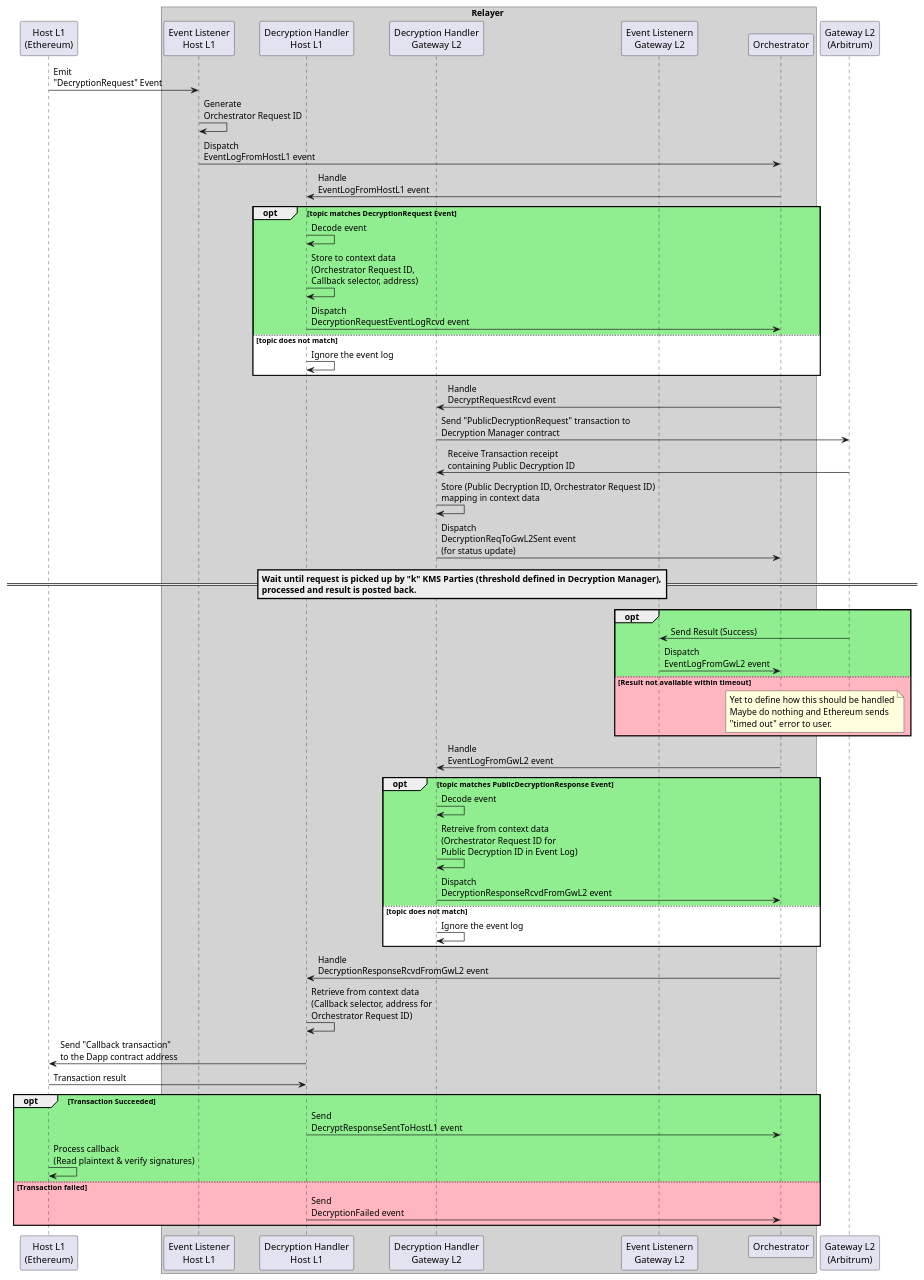
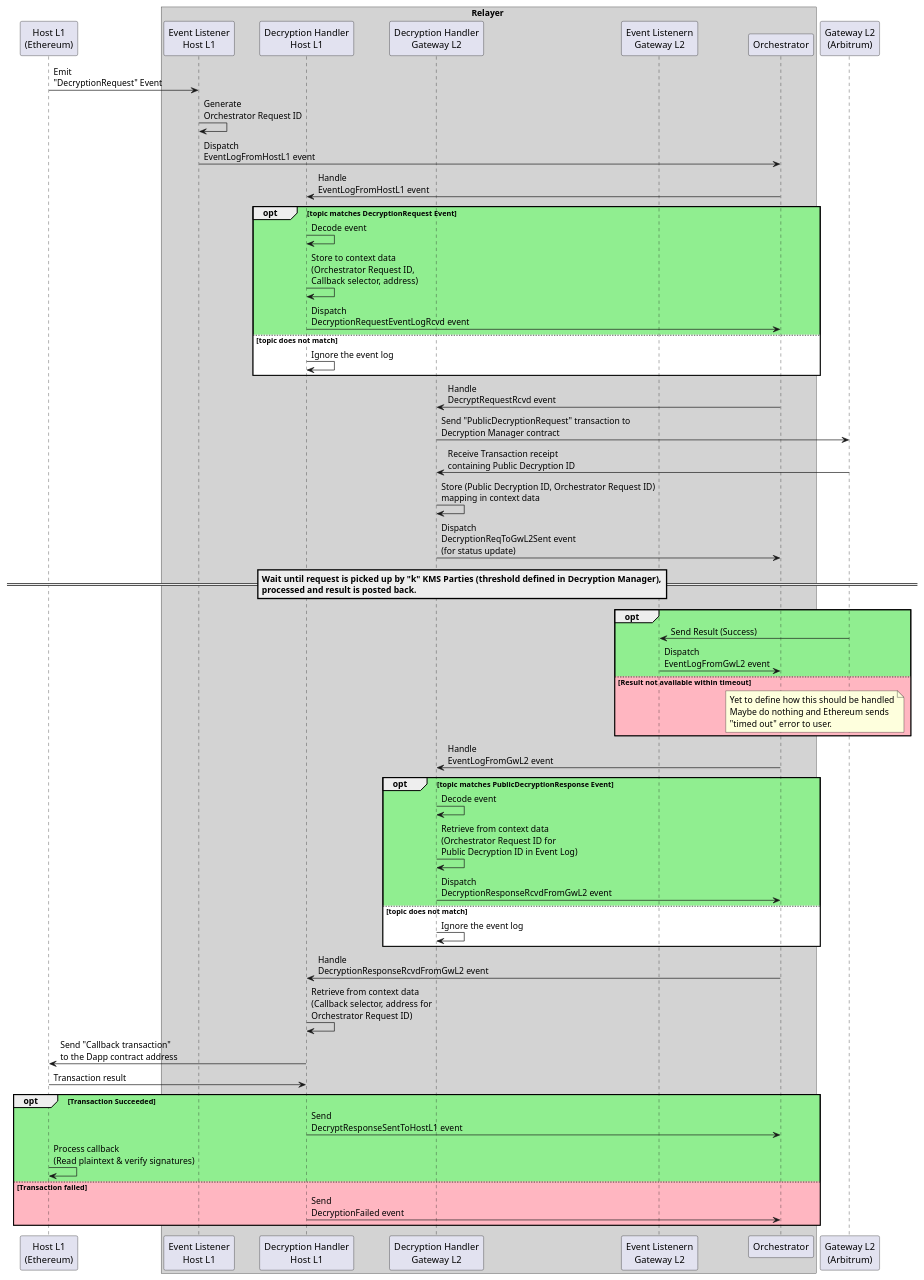
The diagram in relayer/design-docs/decryption-flow-inside-relayer.plantuml (zama-ai/fhevm), drawn with PlantUML before and after one commit. The commit also changed 19 other files, not shown here.

```diff
--- a/relayer/design-docs/decryption-flow-inside-relayer.plantuml
+++ b/relayer/design-docs/decryption-flow-inside-relayer.plantuml
@@ -1,70 +1,70 @@
 @startuml Decryption Flow
 
 participant "Host L1\n(Ethereum)" as EthereumL1
 
 box Relayer #LightGray
 participant "Event Listener\nHost L1" as EthereumListener
 participant "Decryption Handler\nHost L1" as EthereumHostL1Handler
 participant "Decryption Handler\nGateway L2" as ArbitrumGwL2Handler
 participant "Event Listenern\nGateway L2" as RollupListener
 participant Orchestrator as "Orchestrator"
 end box
 
 participant "Gateway L2\n(Arbitrum)" as ArbitrumL2
 
 EthereumL1 -> EthereumListener: Emit\n"DecryptionRequest" Event
 
 EthereumListener -> EthereumListener: Generate\nOrchestrator Request ID
 EthereumListener -> Orchestrator: Dispatch\nEventLogFromHostL1 event
 
 Orchestrator -> EthereumHostL1Handler: Handle\nEventLogFromHostL1 event
 
 opt #LightGreen topic matches DecryptionRequest Event
 EthereumHostL1Handler -> EthereumHostL1Handler: Decode event
 EthereumHostL1Handler -> EthereumHostL1Handler: Store to context data\n(Orchestrator Request ID,\nCallback selector, address)
 EthereumHostL1Handler -> Orchestrator: Dispatch\nDecryptionRequestEventLogRcvd event
 else #White topic does not match
 EthereumHostL1Handler -> EthereumHostL1Handler: Ignore the event log
 end
 
 Orchestrator -> ArbitrumGwL2Handler: Handle\nDecryptRequestRcvd event
 ArbitrumGwL2Handler -> ArbitrumL2: Send "PublicDecryptionRequest" transaction to\nDecryption Manager contract
 
 ArbitrumL2 -> ArbitrumGwL2Handler: Receive Transaction receipt\ncontaining Public Decryption ID
 
 ArbitrumGwL2Handler -> ArbitrumGwL2Handler: Store (Public Decryption ID, Orchestrator Request ID)\nmapping in context data
 ArbitrumGwL2Handler -> Orchestrator: Dispatch\nDecryptionReqToGwL2Sent event\n(for status update)
 
 ==Wait until request is picked up by "k" KMS Parties (threshold defined in Decryption Manager),\nprocessed and result is posted back.==
 
 opt #LightGreen 
 ArbitrumL2 -> RollupListener: Send Result (Success)
 RollupListener -> Orchestrator: Dispatch\nEventLogFromGwL2 event
 else #LightPink Result not available within timeout
 note over ArbitrumL2, Orchestrator: Yet to define how this should be handled\nMaybe do nothing and Ethereum sends\n"timed out" error to user.
 end
 
 Orchestrator -> ArbitrumGwL2Handler: Handle\nEventLogFromGwL2 event
 opt #LightGreen topic matches PublicDecryptionResponse Event
 ArbitrumGwL2Handler -> ArbitrumGwL2Handler: Decode event
-ArbitrumGwL2Handler -> ArbitrumGwL2Handler: Retreive from context data\n(Orchestrator Request ID for\nPublic Decryption ID in Event Log)
+ArbitrumGwL2Handler -> ArbitrumGwL2Handler: Retrieve from context data\n(Orchestrator Request ID for\nPublic Decryption ID in Event Log)
 ArbitrumGwL2Handler -> Orchestrator: Dispatch\nDecryptionResponseRcvdFromGwL2 event
 else #White topic does not match
 ArbitrumGwL2Handler -> ArbitrumGwL2Handler: Ignore the event log
 end
 
 Orchestrator -> EthereumHostL1Handler: Handle\nDecryptionResponseRcvdFromGwL2 event
 
 EthereumHostL1Handler -> EthereumHostL1Handler: Retrieve from context data\n(Callback selector, address for\nOrchestrator Request ID)
 EthereumHostL1Handler -> EthereumL1: Send "Callback transaction"\nto the Dapp contract address
 EthereumL1 -> EthereumHostL1Handler: Transaction result
 
 opt #LightGreen Transaction Succeeded
 EthereumHostL1Handler -> Orchestrator: Send\nDecryptResponseSentToHostL1 event
 EthereumL1 -> EthereumL1: Process callback\n(Read plaintext & verify signatures)
 else #LightPink Transaction failed
 EthereumHostL1Handler -> Orchestrator: Send\nDecryptionFailed event
 end
 
 
 @enduml
```
